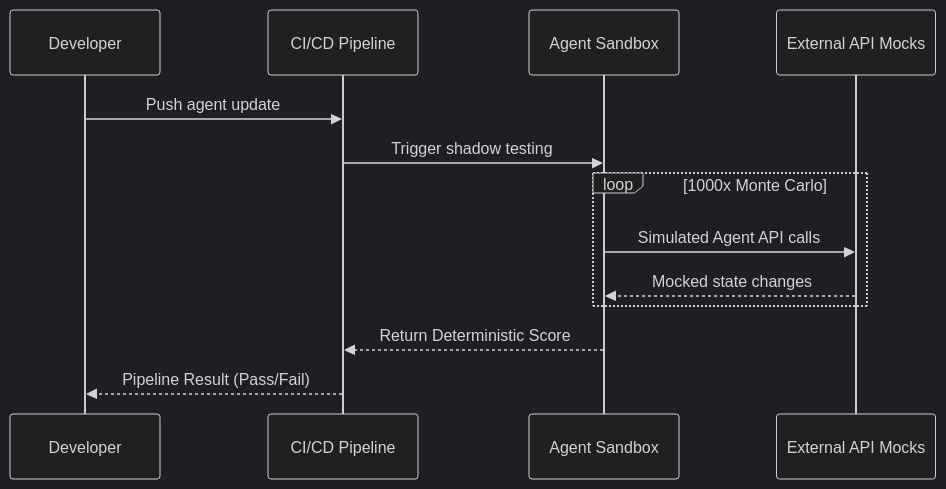
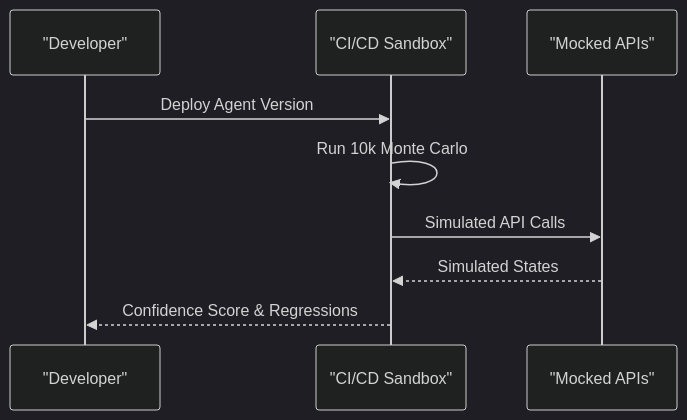
Before and after one commit to flouzzy/top-100-ai-startup-ideas: the second of 2 diagrams in ideas/agent-cicd-sandbox/README.md, drawn with Mermaid (dark theme). The commit also changed other lines of this file and 41 other files, not shown here.

````diff
--- a/ideas/agent-cicd-sandbox/README.md
+++ b/ideas/agent-cicd-sandbox/README.md
@@ -41,15 +42,11 @@
 ```mermaid
 sequenceDiagram
-    participant Dev as Developer
-    participant CI as CI/CD Pipeline
-    participant Sandbox as Agent Sandbox
-    participant Mocks as External API Mocks
-    Dev->>CI: Push agent update
-    CI->>Sandbox: Trigger shadow testing
-    loop 1000x Monte Carlo
-        Sandbox->>Mocks: Simulated Agent API calls
-        Mocks-->>Sandbox: Mocked state changes
-    end
-    Sandbox-->>CI: Return Deterministic Score
-    CI-->>Dev: Pipeline Result (Pass/Fail)
+    participant Dev as "Developer"
+    participant Sandbox as "CI/CD Sandbox"
+    participant Mock as "Mocked APIs"
+    Dev->>Sandbox: Deploy Agent Version
+    Sandbox->>Sandbox: Run 10k Monte Carlo
+    Sandbox->>Mock: Simulated API Calls
+    Mock-->>Sandbox: Simulated States
+    Sandbox-->>Dev: Confidence Score & Regressions
 ```
````
